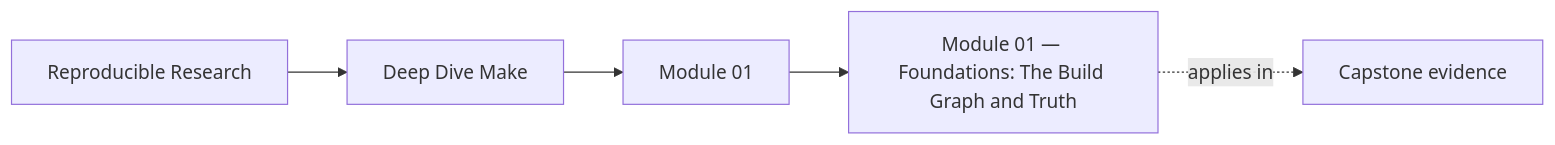
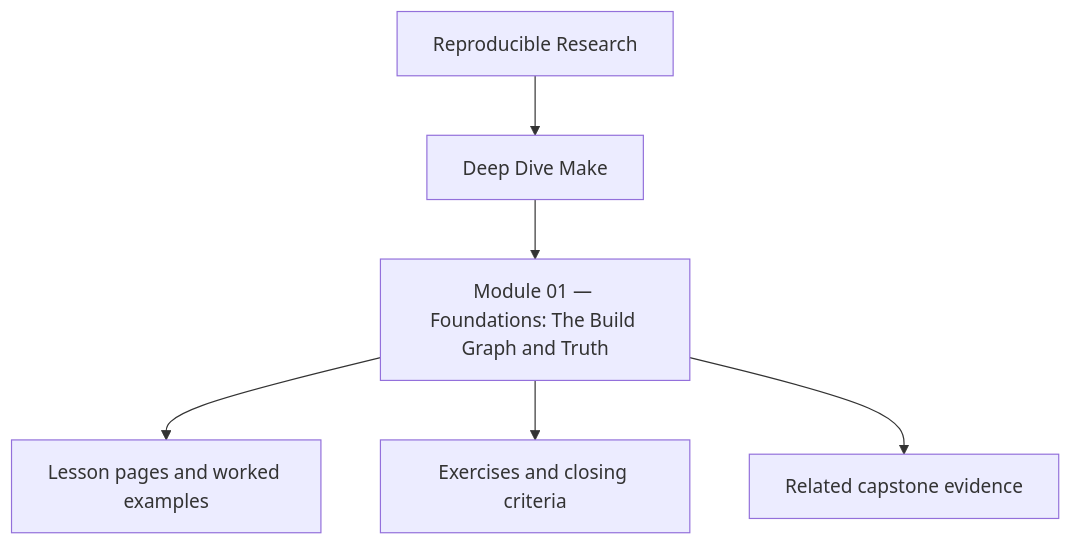
One commit to bijux/bijux-masterclass changed the first of 2 diagrams in programs/reproducible-research/deep-dive-make/course-book/module-01-foundations-build-graph-and-truth/index.md. Above: the diagram before and after it, drawn with Mermaid. The commit also changed other lines of this file and 10 other files, not shown here.

Commit message:
docs(deep-dive-make): reposition module overview diagrams

````diff
--- a/programs/reproducible-research/deep-dive-make/course-book/module-01-foundations-build-graph-and-truth/index.md
+++ b/programs/reproducible-research/deep-dive-make/course-book/module-01-foundations-build-graph-and-truth/index.md
@@ -8,11 +8,8 @@
 ```mermaid
-graph LR
-  family["Reproducible Research"]
-  program["Deep Dive Make"]
-  section["Module 01"]
-  page["Module 01 — Foundations: The Build Graph and Truth"]
-  capstone["Capstone evidence"]
-
-  family --> program --> section --> page
-  page -.applies in.-> capstone
+flowchart TD
+  family["Reproducible Research"] --> program["Deep Dive Make"]
+  program --> module["Module 01 — Foundations: The Build Graph and Truth"]
+  module --> lessons["Lesson pages and worked examples"]
+  module --> checkpoints["Exercises and closing criteria"]
+  module --> capstone["Related capstone evidence"]
 ```
````
